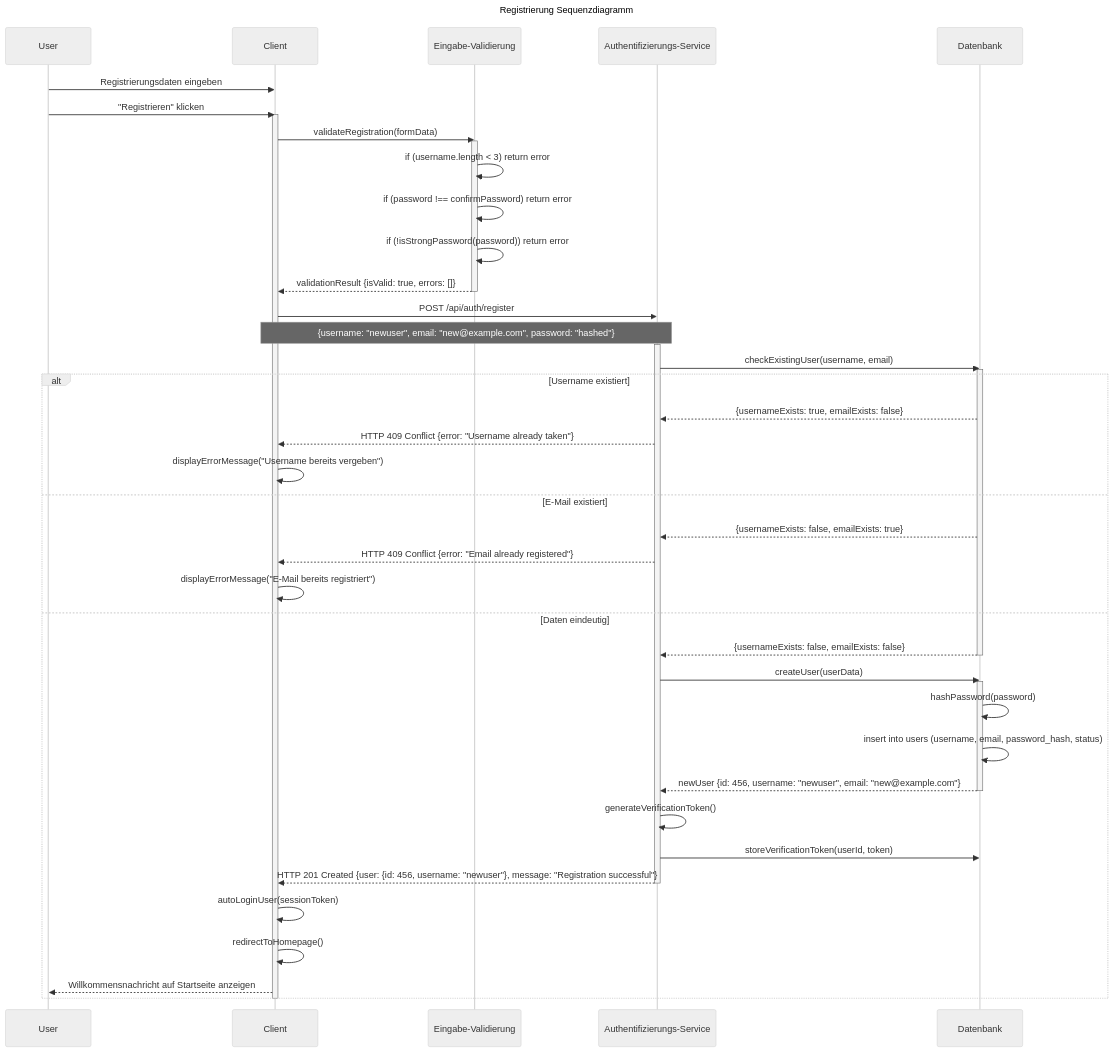
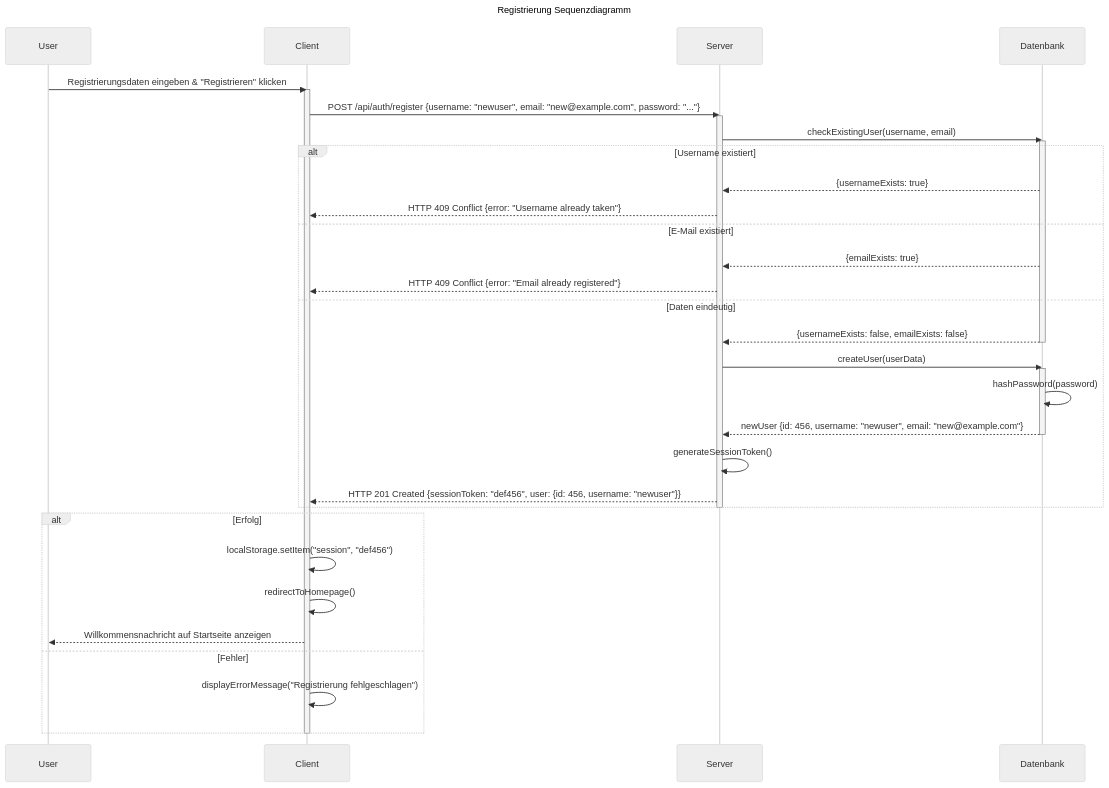
Before and after one commit to Hexfields-Studio/HexfieldsDominion-Artefacts: the diagram in srs/account_management/registration/registration.md, drawn with Mermaid (neutral theme). The commit also changed 7 other files, not shown here.

Commit message:
Changed Sequence Diagrams, added logo to stand-in GitHub-Pages HTML

````diff
--- a/srs/account_management/registration/registration.md
+++ b/srs/account_management/registration/registration.md
@@ -32,63 +32,47 @@
 ```mermaid
 sequenceDiagram
     title Registrierung Sequenzdiagramm
 
     participant User
     participant Client
-    participant Valid as Eingabe-Validierung
-    participant Auth as Authentifizierungs-Service
-    participant DB as Datenbank
+    participant Server
+    participant Datenbank
 
-    User->>Client: Registrierungsdaten eingeben
-    User->>Client: "Registrieren" klicken
+    User->>Client: Registrierungsdaten eingeben & "Registrieren" klicken
     activate Client
     
-    Client->>Valid: validateRegistration(formData)
-    activate Valid
-    Valid->>Valid: if (username.length < 3) return error
-    Valid->>Valid: if (password !== confirmPassword) return error
-    Valid->>Valid: if (!isStrongPassword(password)) return error
-    Valid-->>Client: validationResult {isValid: true, errors: []}
-    deactivate Valid
+    Client->>Server: POST /api/auth/register {username: "newuser", email: "new@example.com", password: "..."}
+    activate Server
     
-    Client->>Auth: POST /api/auth/register
-    note over Client,Auth: {username: "newuser", email: "new@example.com", password: "hashed"}
-    activate Auth
+    Server->>Datenbank: checkExistingUser(username, email)
+    activate Datenbank
+    alt Username existiert
+        Datenbank-->>Server: {usernameExists: true}
+        Server-->>Client: HTTP 409 Conflict {error: "Username already taken"}
+    else E-Mail existiert
+        Datenbank-->>Server: {emailExists: true}
+        Server-->>Client: HTTP 409 Conflict {error: "Email already registered"}
+    else Daten eindeutig
+        Datenbank-->>Server: {usernameExists: false, emailExists: false}
+        deactivate Datenbank
+        
+        Server->>Datenbank: createUser(userData)
+        activate Datenbank
+        Datenbank->>Datenbank: hashPassword(password)
+        Datenbank-->>Server: newUser {id: 456, username: "newuser", email: "new@example.com"}
+        deactivate Datenbank
+        
+        Server->>Server: generateSessionToken()
+        Server-->>Client: HTTP 201 Created {sessionToken: "def456", user: {id: 456, username: "newuser"}}
+    end
+    deactivate Server
     
-    Auth->>DB: checkExistingUser(username, email)
-    activate DB
-    alt Username existiert
-        DB-->>Auth: {usernameExists: true, emailExists: false}
-        %%deactivate DB
-        Auth-->>Client: HTTP 409 Conflict {error: "Username already taken"}
-        %%deactivate Auth
-        Client->>Client: displayErrorMessage("Username bereits vergeben")
-    else E-Mail existiert
-        DB-->>Auth: {usernameExists: false, emailExists: true}
-        %%deactivate DB
-        Auth-->>Client: HTTP 409 Conflict {error: "Email already registered"}
-        %%deactivate Auth
-        Client->>Client: displayErrorMessage("E-Mail bereits registriert")
-    else Daten eindeutig
-        DB-->>Auth: {usernameExists: false, emailExists: false}
-        deactivate DB
-        
-        Auth->>DB: createUser(userData)
-        activate DB
-        DB->>DB: hashPassword(password)
-        DB->>DB: insert into users (username, email, password_hash, status)
-        DB-->>Auth: newUser {id: 456, username: "newuser", email: "new@example.com"}
-        deactivate DB
-        
-        Auth->>Auth: generateVerificationToken()
-        Auth->>DB: storeVerificationToken(userId, token)
-        
-        Auth-->>Client: HTTP 201 Created {user: {id: 456, username: "newuser"}, message: "Registration successful"}
-        deactivate Auth
-        
-        Client->>Client: autoLoginUser(sessionToken)
+    alt Erfolg
+        Client->>Client: localStorage.setItem("session", "def456")
         Client->>Client: redirectToHomepage()
         Client-->>User: Willkommensnachricht auf Startseite anzeigen
+    else Fehler
+        Client->>Client: displayErrorMessage("Registrierung fehlgeschlagen")
     end
     deactivate Client
 ```
````
